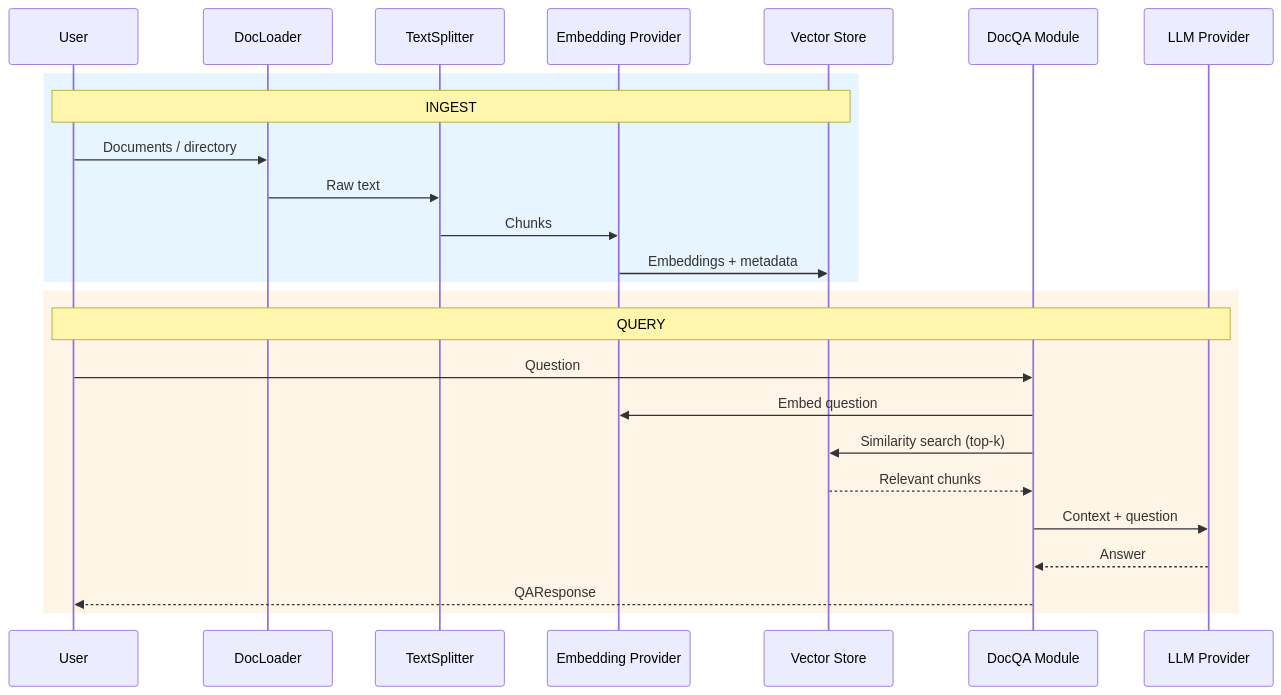
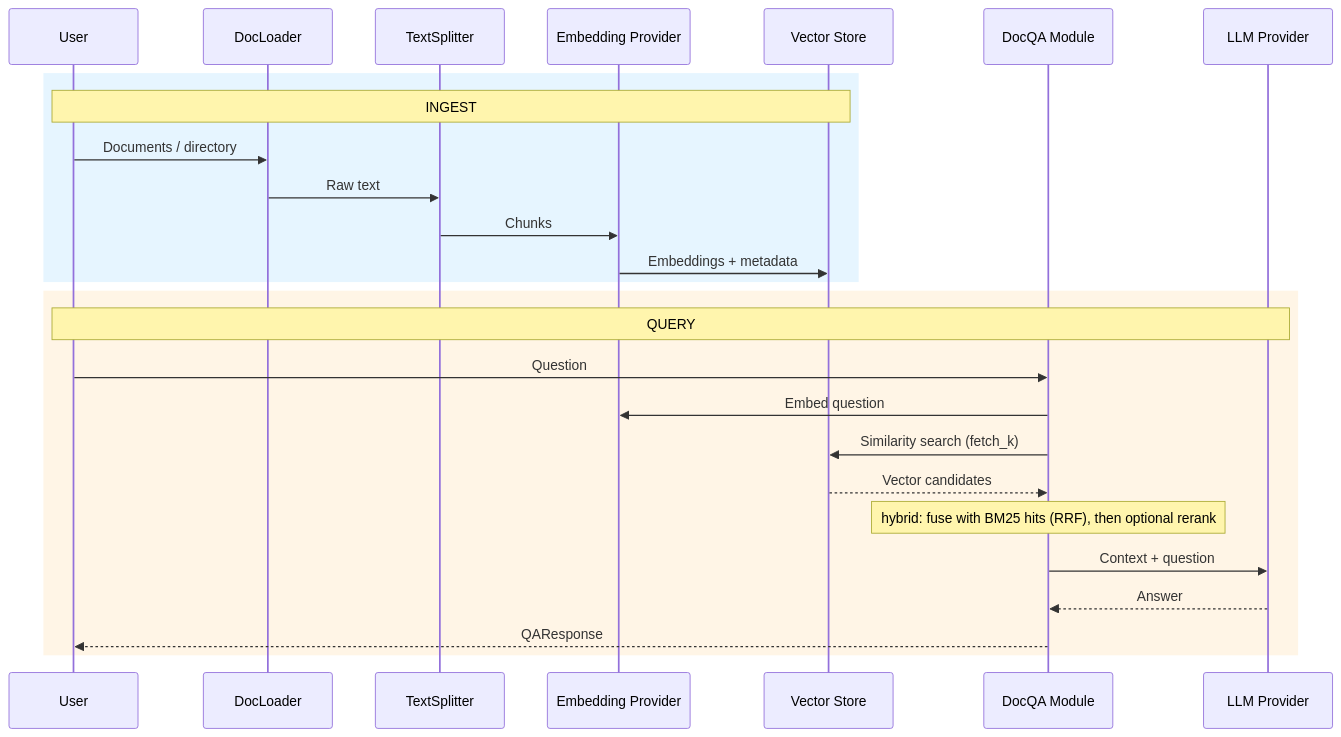
The third of 4 diagrams in docs/architecture.md (kushangpatel/aiforge), drawn with Mermaid before and after one commit. The commit also changed other lines of this file and 14 other files, not shown here.

````diff
--- a/docs/architecture.md
+++ b/docs/architecture.md
@@ -340,29 +362,30 @@
 ```mermaid
 sequenceDiagram
     participant U as User
     participant DL as DocLoader
     participant TS as TextSplitter
     participant EP as Embedding Provider
     participant VS as Vector Store
     participant M as DocQA Module
     participant LLM as LLM Provider
 
     rect rgb(230, 245, 255)
         Note over U,VS: INGEST
         U->>DL: Documents / directory
         DL->>TS: Raw text
         TS->>EP: Chunks
         EP->>VS: Embeddings + metadata
     end
 
     rect rgb(255, 245, 230)
         Note over U,LLM: QUERY
         U->>M: Question
         M->>EP: Embed question
-        M->>VS: Similarity search (top-k)
-        VS-->>M: Relevant chunks
+        M->>VS: Similarity search (fetch_k)
+        VS-->>M: Vector candidates
+        Note over M: hybrid: fuse with BM25 hits (RRF), then optional rerank
         M->>LLM: Context + question
         LLM-->>M: Answer
         M-->>U: QAResponse
     end
 ```
````
